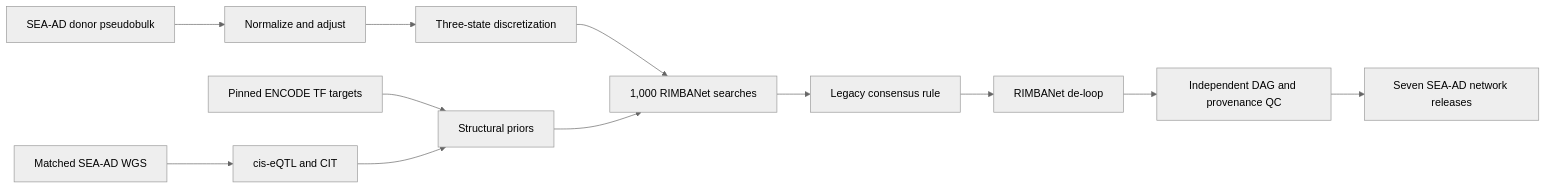
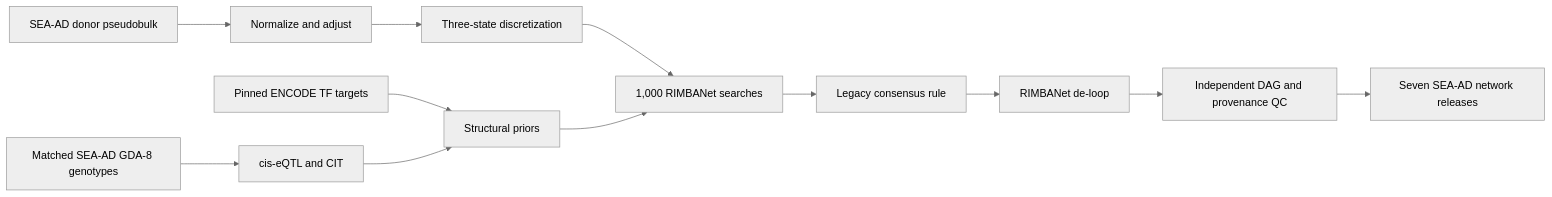
Before and after one commit to ericzhuang2010/alzheimer: the diagram in docs/build_network/seaad-rimbanet-build.plan.md, drawn with Mermaid (neutral theme). The commit also changed other lines of this file and 8 other files, not shown here.

````diff
--- a/docs/build_network/seaad-rimbanet-build.plan.md
+++ b/docs/build_network/seaad-rimbanet-build.plan.md
@@ -68,14 +192,14 @@
 ```mermaid
 flowchart LR
   Expr["SEA-AD donor pseudobulk"] --> Adjust["Normalize and adjust"]
-  WGS["Matched SEA-AD WGS"] --> EQTL["cis-eQTL and CIT"]
+  Array["Matched SEA-AD GDA-8 genotypes"] --> EQTL["cis-eQTL and CIT"]
   ENCODE["Pinned ENCODE TF targets"] --> Priors["Structural priors"]
   EQTL --> Priors
   Adjust --> Discrete["Three-state discretization"]
   Discrete --> Searches["1,000 RIMBANet searches"]
   Priors --> Searches
   Searches --> Consensus["Legacy consensus rule"]
   Consensus --> Deloop["RIMBANet de-loop"]
   Deloop --> QC["Independent DAG and provenance QC"]
   QC --> Release["Seven SEA-AD network releases"]
 ```
````
